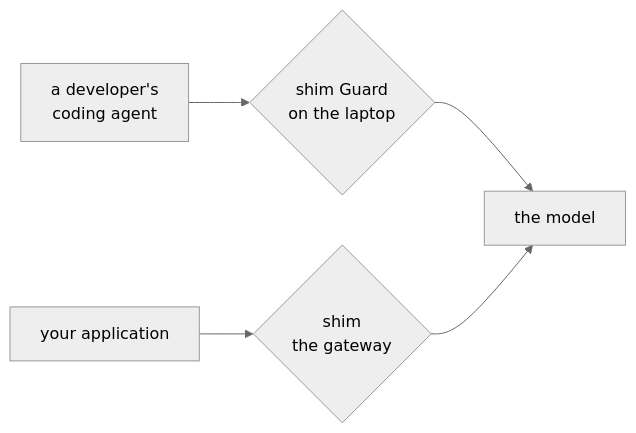
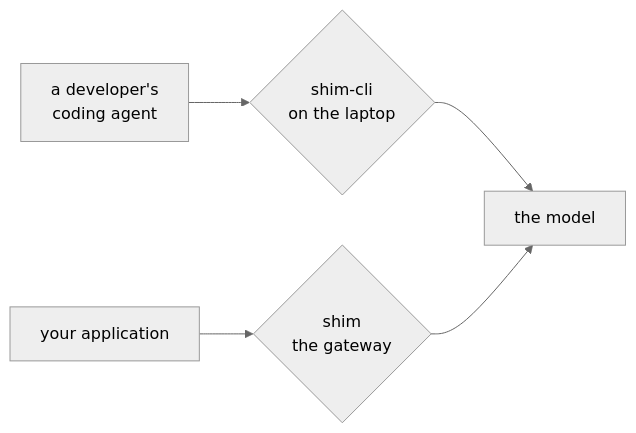
Before and after one commit to GetSHIM/.github: the diagram in profile/README.md, drawn with Mermaid (neutral theme). The commit also changed other lines of this file, not shown here.

Commit message:
Replace shim Guard with shim-cli on the org profile

````diff
--- a/profile/README.md
+++ b/profile/README.md
@@ -29,7 +29,7 @@
 ```mermaid
 flowchart LR
-  D["a developer's<br/>coding agent"] --> G{"shim Guard<br/>on the laptop"}
+  D["a developer's<br/>coding agent"] --> G{"shim-cli<br/>on the laptop"}
   A["your application"] --> S{"shim<br/>the gateway"}
   G --> M["the model"]
   S --> M
 ```
````
